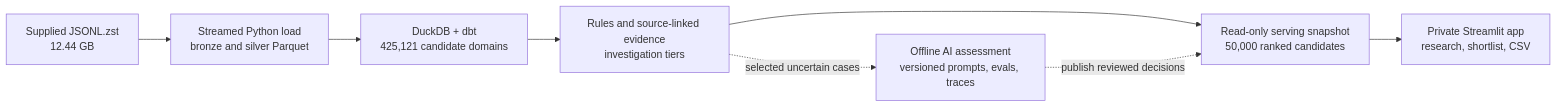
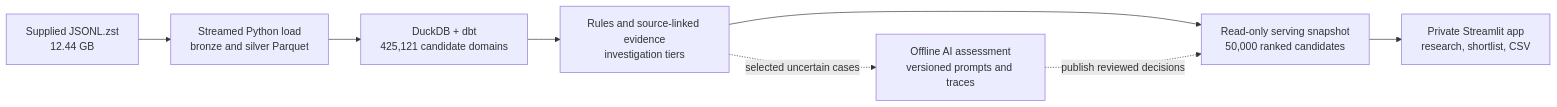
The diagram in README.md (ronyabrah18/welook), drawn with Mermaid before and after one commit. The commit also changed other lines of this file and 20 other files, not shown here.

````diff
--- a/README.md
+++ b/README.md
@@ -9,10 +9,10 @@
 ```mermaid
 flowchart LR
   A["Supplied JSONL.zst<br/>12.44 GB"] --> B["Streamed Python load<br/>bronze and silver Parquet"]
   B --> C["DuckDB + dbt<br/>425,121 candidate domains"]
   C --> D["Rules and source-linked evidence<br/>investigation tiers"]
   D --> E["Read-only serving snapshot<br/>50,000 ranked candidates"]
   E --> F["Private Streamlit app<br/>research, shortlist, CSV"]
-  D -. "selected uncertain cases" .-> G["Offline AI assessment<br/>versioned prompts, evals, traces"]
+  D -. "selected uncertain cases" .-> G["Offline AI assessment<br/>versioned prompts and traces"]
   G -. "publish reviewed decisions" .-> E
 ```
````
